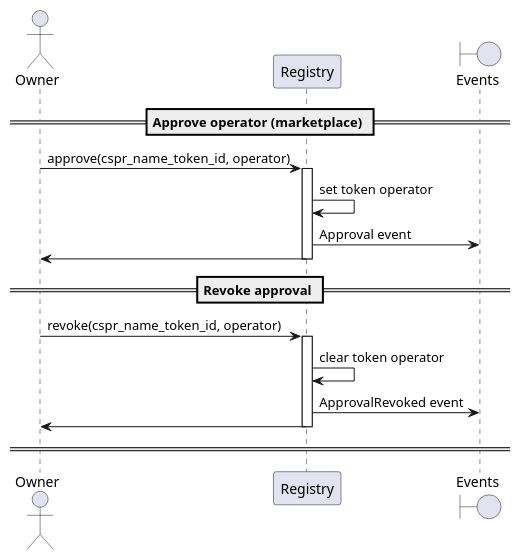
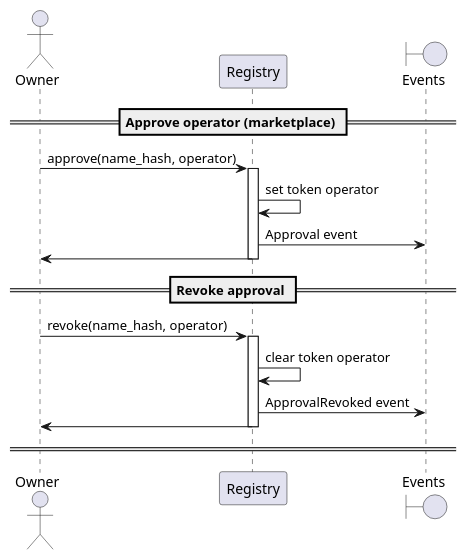
The diagram in docs/sequence-diagrams/puml/approve-revoke-operator.puml (make-software/cspr-name-contracts), drawn with PlantUML before and after one commit. The commit also changed 22 other files, not shown here.

Commit message:
few text fixes. new diagram for can_transfer() filter contract logic

```diff
--- a/docs/sequence-diagrams/puml/approve-revoke-operator.puml
+++ b/docs/sequence-diagrams/puml/approve-revoke-operator.puml
@@ -1,29 +1,29 @@
 @startuml
 'https://plantuml.com/sequence-diagram
 
 'autonumber
 actor Owner
 participant "Registry"
 boundary "Events"
 
 == Approve operator (marketplace) ==
 
-Owner -> Registry: approve(cspr_name_token_id, operator)
+Owner -> Registry: approve(name_hash, operator)
 activate Registry
 Registry -> Registry: set token operator
 Registry -> "Events": Approval event
 Registry -> Owner
 deactivate Registry
 
 == Revoke approval ==
 
-Owner -> Registry: revoke(cspr_name_token_id, operator)
+Owner -> Registry: revoke(name_hash, operator)
 activate Registry
 Registry -> Registry: clear token operator
 Registry -> "Events": ApprovalRevoked event
 Registry -> Owner
 deactivate Registry
 
 == ==
 
 @enduml
```
